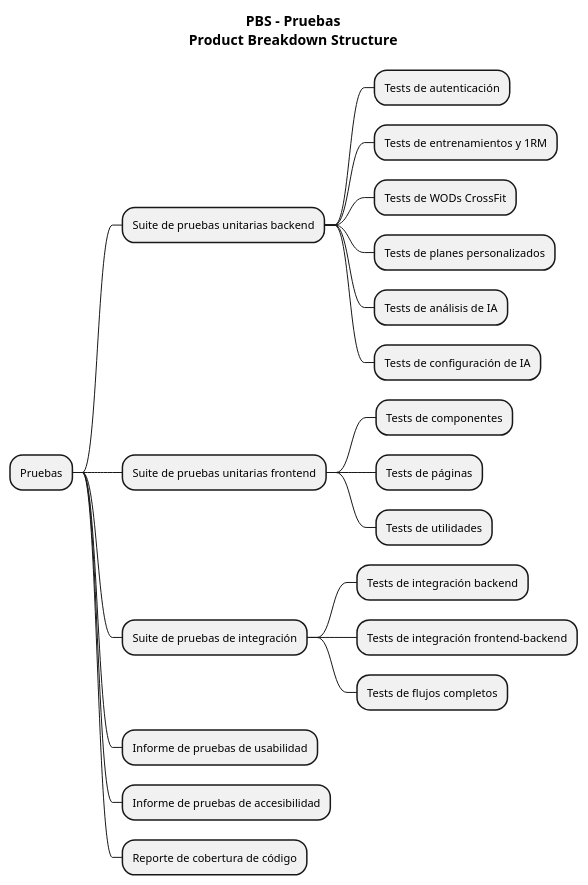
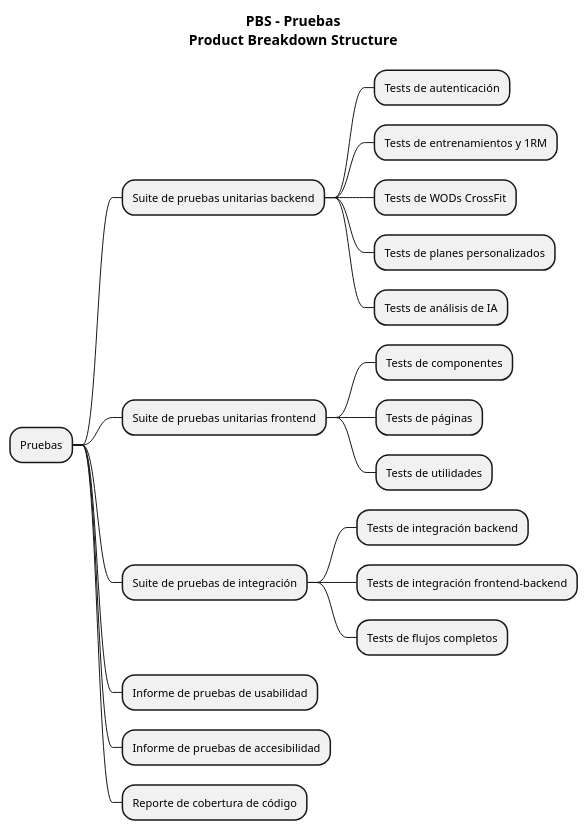
Before and after one commit to enolRodriguezHevia/tfg-wodbuster-ai: the diagram in docs/pbs/diagrama-pbs-pruebas.puml, drawn with PlantUML. The commit also changed 43 other files, not shown here.

```diff
--- a/docs/pbs/diagrama-pbs-pruebas.puml
+++ b/docs/pbs/diagrama-pbs-pruebas.puml
@@ -1,37 +1,36 @@
 @startmindmap
 
 skinparam backgroundColor #FFFFFF
 skinparam shadowing false
 skinparam defaultFontSize 11
 skinparam mindmapDiagram {
   node {
     BackgroundColor lightGray
   }
   rootNode {
     BackgroundColor white
   }
 }
 
 title PBS - Pruebas\nProduct Breakdown Structure
 
 * Pruebas
 ** Suite de pruebas unitarias backend
 *** Tests de autenticación
 *** Tests de entrenamientos y 1RM
 *** Tests de WODs CrossFit
 *** Tests de planes personalizados
 *** Tests de análisis de IA
-*** Tests de configuración de IA
 ** Suite de pruebas unitarias frontend
 *** Tests de componentes
 *** Tests de páginas
 *** Tests de utilidades
 ** Suite de pruebas de integración
 *** Tests de integración backend
 *** Tests de integración frontend-backend
 *** Tests de flujos completos
 ** Informe de pruebas de usabilidad
 ** Informe de pruebas de accesibilidad
 ** Reporte de cobertura de código
 
 @endmindmap
```
